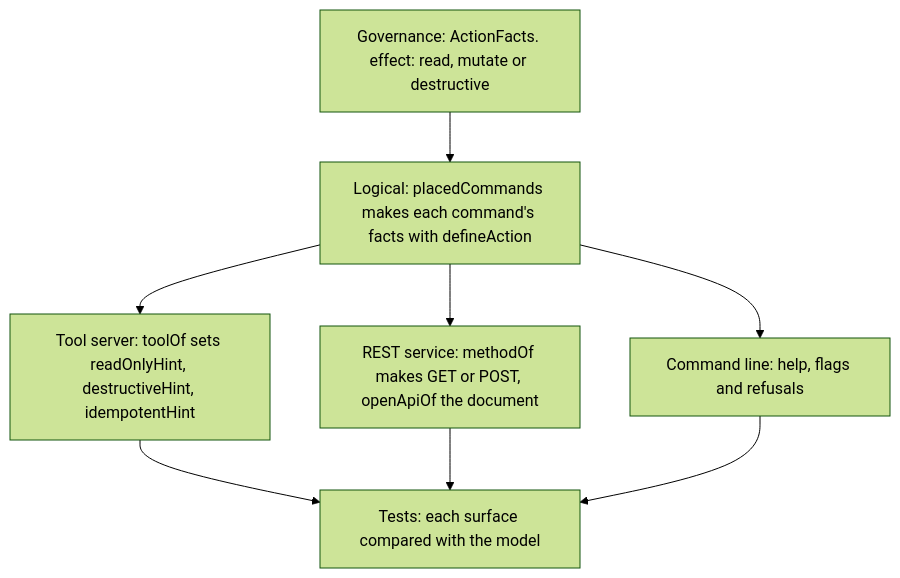
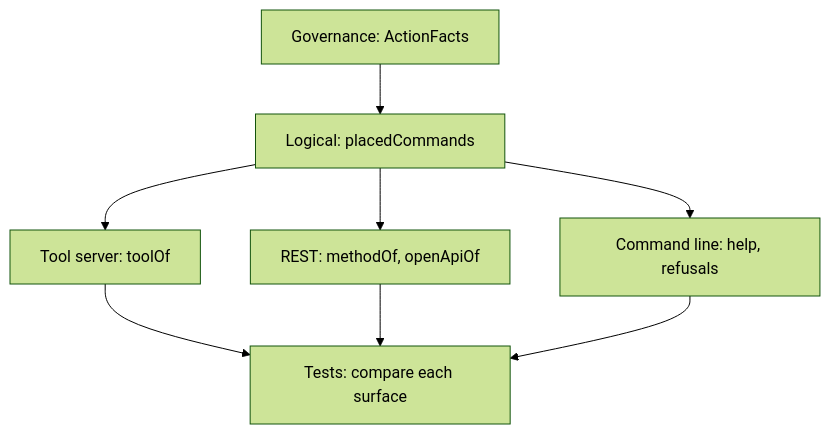
One commit to intellectual-frontiers/.github changed the diagram in commons/docs/guides/kanon-worked-example.md. Above: the diagram before and after it, drawn with Mermaid (forest theme). The commit also changed other lines of this file and 6 other files, not shown here.

First line of the commit message:
0001-docs: each quoted block of the Kanon pages names its file, and a diagram has short labels

````diff
--- a/commons/docs/guides/kanon-worked-example.md
+++ b/commons/docs/guides/kanon-worked-example.md
@@ -9,16 +9,16 @@
 ```mermaid
 flowchart TD
-  a["Governance: ActionFacts. effect: read, mutate or destructive"]
-  b["Logical: placedCommands makes each command's facts with defineAction"]
-  c["Tool server: toolOf sets readOnlyHint, destructiveHint, idempotentHint"]
-  d["REST service: methodOf makes GET or POST, openApiOf the document"]
-  e["Command line: help, flags and refusals"]
-  t["Tests: each surface compared with the model"]
+  a["Governance: ActionFacts"]
+  b["Logical: placedCommands"]
+  c["Tool server: toolOf"]
+  d["REST: methodOf, openApiOf"]
+  e["Command line: help, refusals"]
+  t["Tests: compare each surface"]
   a --> b
   b --> c
   b --> d
   b --> e
   c --> t
   d --> t
   e --> t
 ```
````
